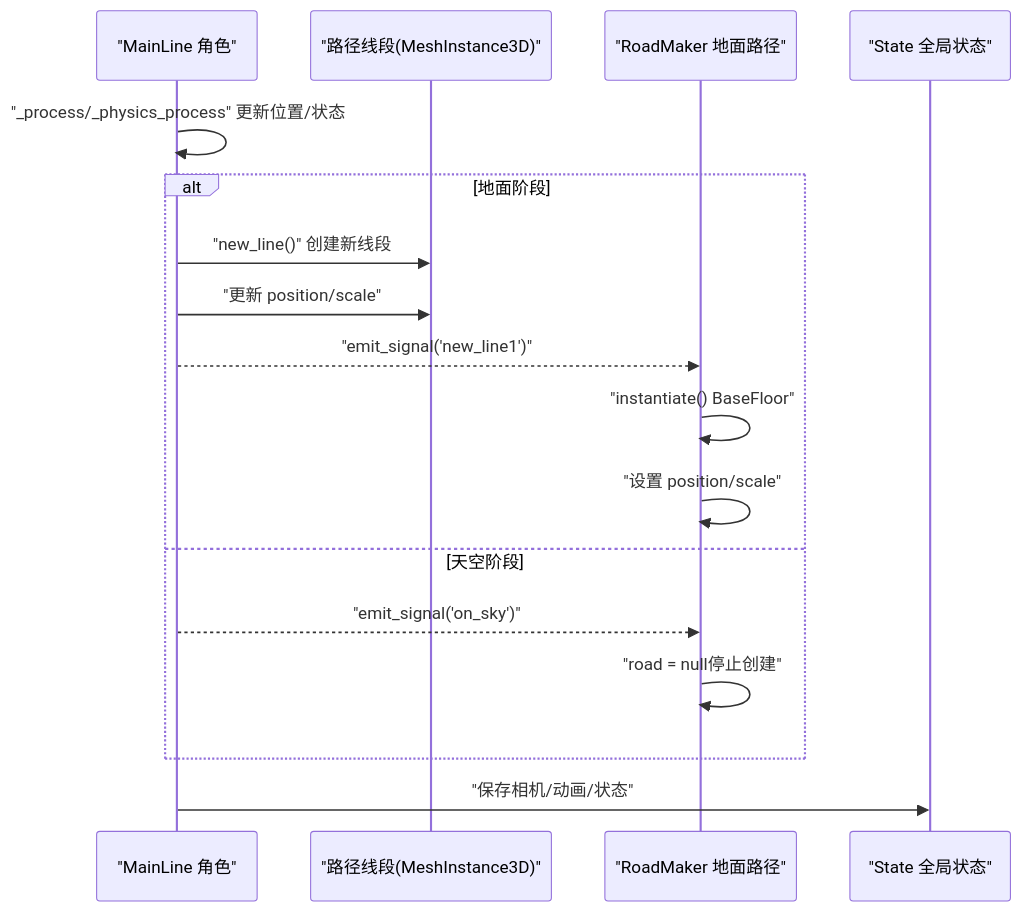
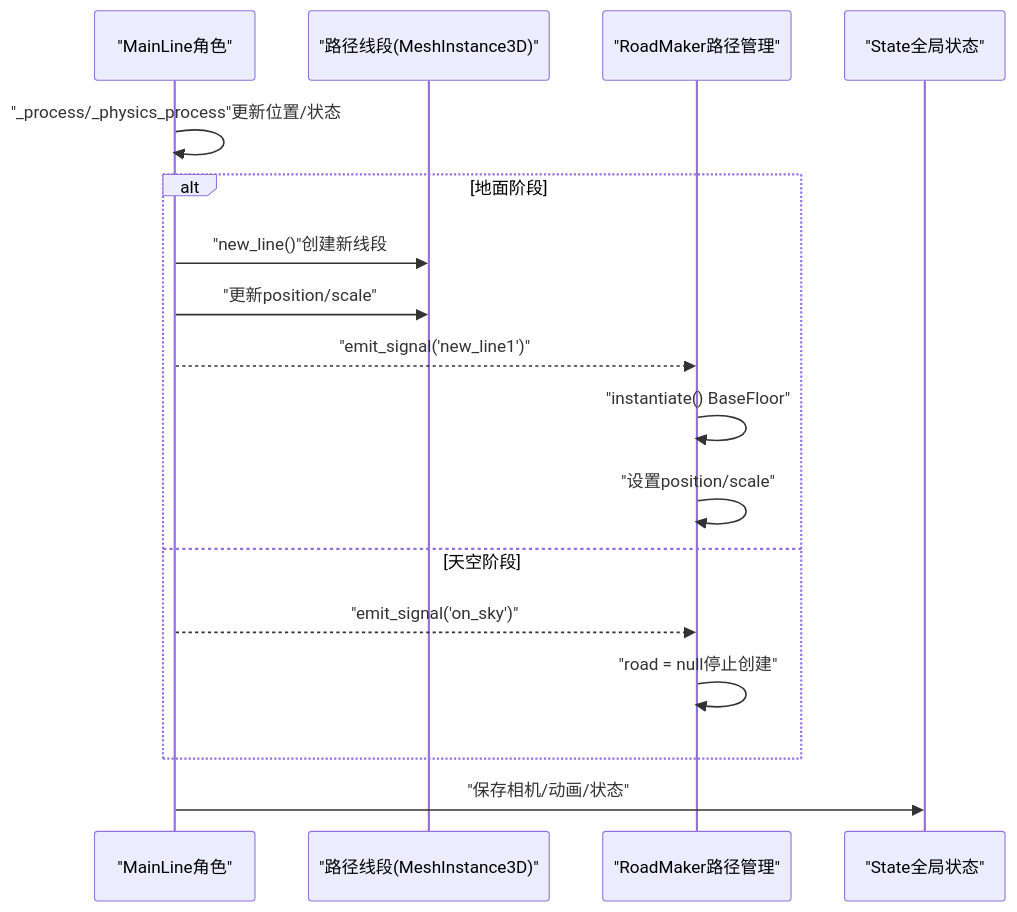
Before and after one commit to godotline/godot-line: the second of 6 diagrams in .qoder/repowiki/zh/content/游戏系统/路径生成系统.md, drawn with Mermaid. The commit also changed other lines of this file and 17 other files, not shown here.

````diff
--- a/.qoder/repowiki/zh/content/游戏系统/路径生成系统.md
+++ b/.qoder/repowiki/zh/content/游戏系统/路径生成系统.md
@@ -110,19 +117,19 @@
 ```mermaid
 sequenceDiagram
-participant Player as "MainLine 角色"
+participant Player as "MainLine角色"
 participant Path as "路径线段(MeshInstance3D)"
-participant Road as "RoadMaker 地面路径"
-participant State as "State 全局状态"
-Player->>Player : "_process/_physics_process" 更新位置/状态
+participant Road as "RoadMaker路径管理"
+participant State as "State全局状态"
+Player->>Player : "_process/_physics_process"更新位置/状态
 alt 地面阶段
-Player->>Path : "new_line()" 创建新线段
-Player->>Path : "更新 position/scale"
+Player->>Path : "new_line()"创建新线段
+Player->>Path : "更新position/scale"
 Player-->>Road : "emit_signal('new_line1')"
 Road->>Road : "instantiate() BaseFloor"
-Road->>Road : "设置 position/scale"
+Road->>Road : "设置position/scale"
 else 天空阶段
 Player-->>Road : "emit_signal('on_sky')"
 Road->>Road : "road = null停止创建"
 end
 Player->>State : "保存相机/动画/状态"
 ```
````
